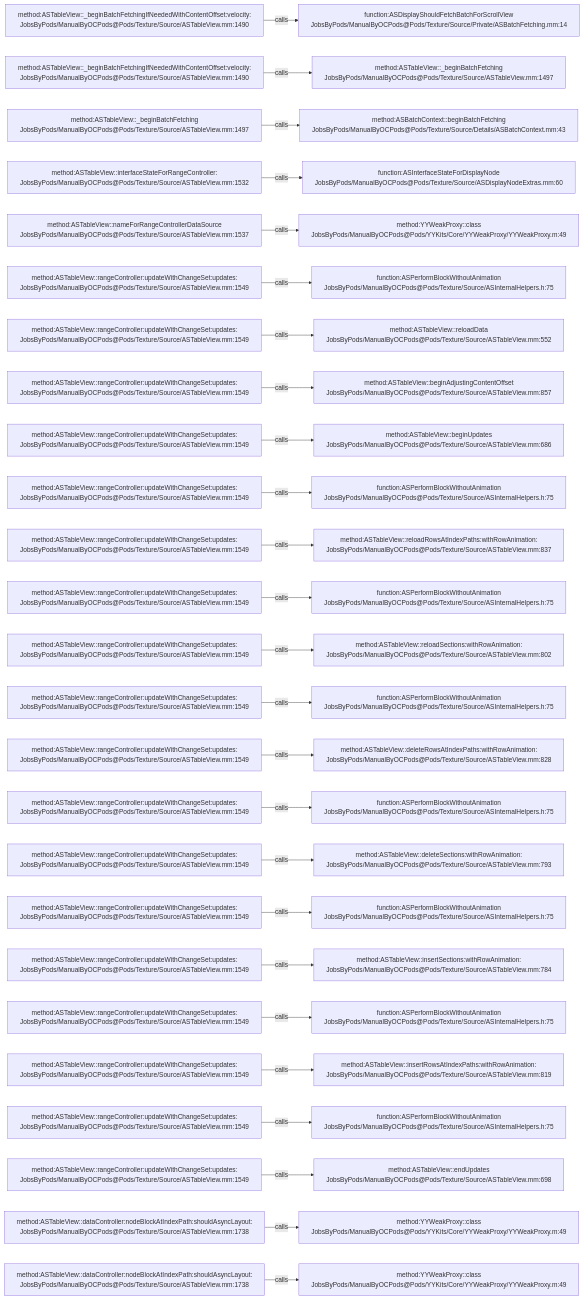
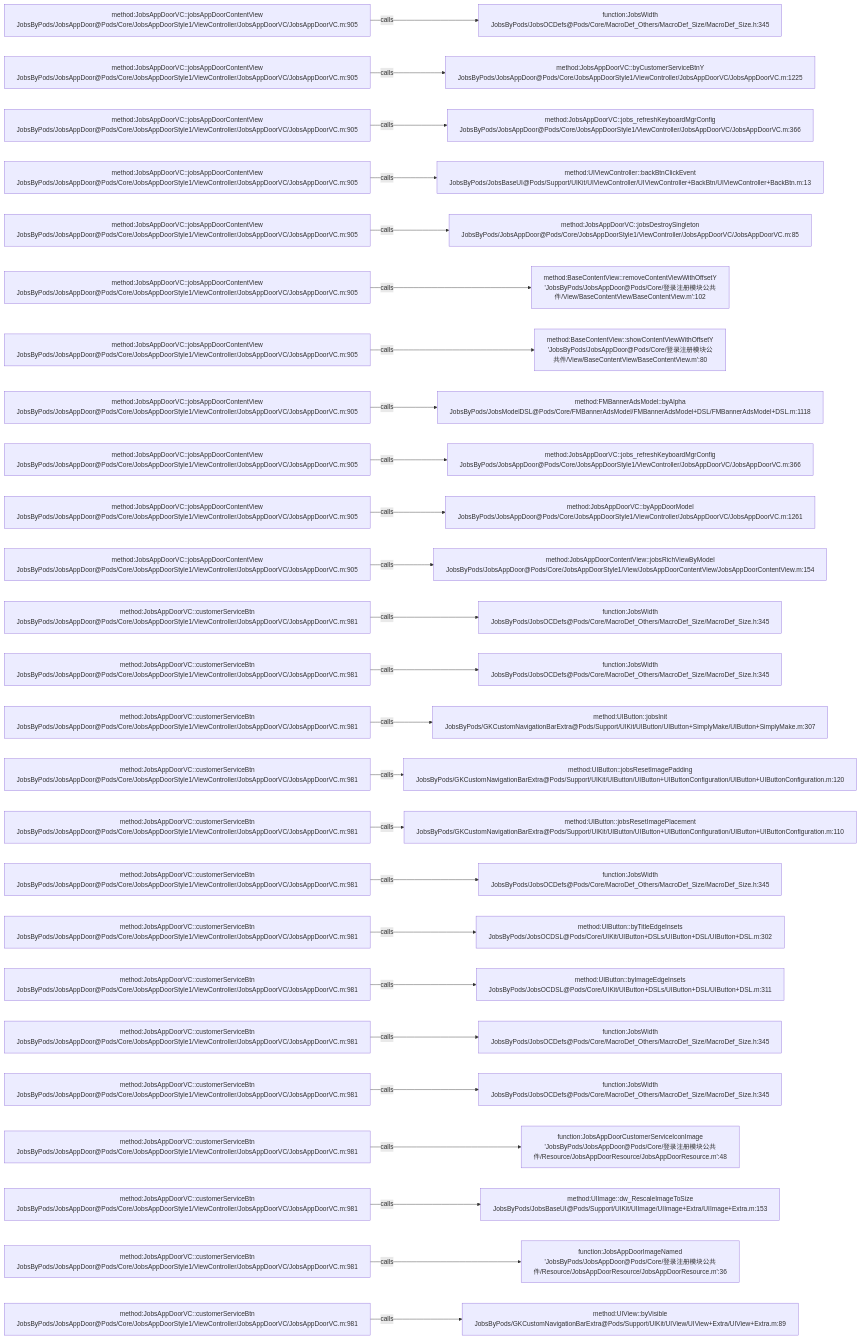
Before and after one commit to JobsKits/JobsOCBaseConfigDemo: the diagram in .codegraph/codegraph.md/graphs/calls-115.md, drawn with Mermaid. The commit also changed 768 other files, not shown here.

````diff
--- a/.codegraph/codegraph.md/graphs/calls-115.md
+++ b/.codegraph/codegraph.md/graphs/calls-115.md
@@ -13,78 +13,78 @@
 ```mermaid
 flowchart LR
-  S1["method:ASTableView::_beginBatchFetchingIfNeededWithContentOffset:velocity:<br/>JobsByPods/ManualByOCPods@Pods/Texture/Source/ASTableView.mm:1490"]
-  T1["function:ASDisplayShouldFetchBatchForScrollView<br/>JobsByPods/ManualByOCPods@Pods/Texture/Source/Private/ASBatchFetching.mm:14"]
+  S1["method:JobsAppDoorVC::jobsAppDoorContentView<br/>JobsByPods/JobsAppDoor@Pods/Core/JobsAppDoorStyle1/ViewController/JobsAppDoorVC/JobsAppDoorVC.m:905"]
+  T1["function:JobsWidth<br/>JobsByPods/JobsOCDefs@Pods/Core/MacroDef_Others/MacroDef_Size/MacroDef_Size.h:345"]
   S1 -->|calls| T1
-  S2["method:ASTableView::_beginBatchFetchingIfNeededWithContentOffset:velocity:<br/>JobsByPods/ManualByOCPods@Pods/Texture/Source/ASTableView.mm:1490"]
-  T2["method:ASTableView::_beginBatchFetching<br/>JobsByPods/ManualByOCPods@Pods/Texture/Source/ASTableView.mm:1497"]
+  S2["method:JobsAppDoorVC::jobsAppDoorContentView<br/>JobsByPods/JobsAppDoor@Pods/Core/JobsAppDoorStyle1/ViewController/JobsAppDoorVC/JobsAppDoorVC.m:905"]
+  T2["method:JobsAppDoorVC::byCustomerServiceBtnY<br/>JobsByPods/JobsAppDoor@Pods/Core/JobsAppDoorStyle1/ViewController/JobsAppDoorVC/JobsAppDoorVC.m:1225"]
   S2 -->|calls| T2
-  S3["method:ASTableView::_beginBatchFetching<br/>JobsByPods/ManualByOCPods@Pods/Texture/Source/ASTableView.mm:1497"]
-  T3["method:ASBatchContext::beginBatchFetching<br/>JobsByPods/ManualByOCPods@Pods/Texture/Source/Details/ASBatchContext.mm:43"]
+  S3["method:JobsAppDoorVC::jobsAppDoorContentView<br/>JobsByPods/JobsAppDoor@Pods/Core/JobsAppDoorStyle1/ViewController/JobsAppDoorVC/JobsAppDoorVC.m:905"]
+  T3["method:JobsAppDoorVC::jobs_refreshKeyboardMgrConfig<br/>JobsByPods/JobsAppDoor@Pods/Core/JobsAppDoorStyle1/ViewController/JobsAppDoorVC/JobsAppDoorVC.m:366"]
   S3 -->|calls| T3
-  S4["method:ASTableView::interfaceStateForRangeController:<br/>JobsByPods/ManualByOCPods@Pods/Texture/Source/ASTableView.mm:1532"]
-  T4["function:ASInterfaceStateForDisplayNode<br/>JobsByPods/ManualByOCPods@Pods/Texture/Source/ASDisplayNodeExtras.mm:60"]
+  S4["method:JobsAppDoorVC::jobsAppDoorContentView<br/>JobsByPods/JobsAppDoor@Pods/Core/JobsAppDoorStyle1/ViewController/JobsAppDoorVC/JobsAppDoorVC.m:905"]
+  T4["method:UIViewController::backBtnClickEvent<br/>JobsByPods/JobsBaseUI@Pods/Support/UIKit/UIViewController/UIViewController+BackBtn/UIViewController+BackBtn.m:13"]
   S4 -->|calls| T4
-  S5["method:ASTableView::nameForRangeControllerDataSource<br/>JobsByPods/ManualByOCPods@Pods/Texture/Source/ASTableView.mm:1537"]
-  T5["method:YYWeakProxy::class<br/>JobsByPods/ManualByOCPods@Pods/YYKits/Core/YYWeakProxy/YYWeakProxy.m:49"]
+  S5["method:JobsAppDoorVC::jobsAppDoorContentView<br/>JobsByPods/JobsAppDoor@Pods/Core/JobsAppDoorStyle1/ViewController/JobsAppDoorVC/JobsAppDoorVC.m:905"]
+  T5["method:JobsAppDoorVC::jobsDestroySingleton<br/>JobsByPods/JobsAppDoor@Pods/Core/JobsAppDoorStyle1/ViewController/JobsAppDoorVC/JobsAppDoorVC.m:85"]
   S5 -->|calls| T5
-  S6["method:ASTableView::rangeController:updateWithChangeSet:updates:<br/>JobsByPods/ManualByOCPods@Pods/Texture/Source/ASTableView.mm:1549"]
-  T6["function:ASPerformBlockWithoutAnimation<br/>JobsByPods/ManualByOCPods@Pods/Texture/Source/ASInternalHelpers.h:75"]
+  S6["method:JobsAppDoorVC::jobsAppDoorContentView<br/>JobsByPods/JobsAppDoor@Pods/Core/JobsAppDoorStyle1/ViewController/JobsAppDoorVC/JobsAppDoorVC.m:905"]
+  T6["method:BaseContentView::removeContentViewWithOffsetY<br/>'JobsByPods/JobsAppDoor@Pods/Core/登录注册模块公共件/View/BaseContentView/BaseContentView.m':102"]
   S6 -->|calls| T6
-  S7["method:ASTableView::rangeController:updateWithChangeSet:updates:<br/>JobsByPods/ManualByOCPods@Pods/Texture/Source/ASTableView.mm:1549"]
-  T7["method:ASTableView::reloadData<br/>JobsByPods/ManualByOCPods@Pods/Texture/Source/ASTableView.mm:552"]
+  S7["method:JobsAppDoorVC::jobsAppDoorContentView<br/>JobsByPods/JobsAppDoor@Pods/Core/JobsAppDoorStyle1/ViewController/JobsAppDoorVC/JobsAppDoorVC.m:905"]
+  T7["method:BaseContentView::showContentViewWithOffsetY<br/>'JobsByPods/JobsAppDoor@Pods/Core/登录注册模块公共件/View/BaseContentView/BaseContentView.m':80"]
   S7 -->|calls| T7
-  S8["method:ASTableView::rangeController:updateWithChangeSet:updates:<br/>JobsByPods/ManualByOCPods@Pods/Texture/Source/ASTableView.mm:1549"]
-  T8["method:ASTableView::beginAdjustingContentOffset<br/>JobsByPods/ManualByOCPods@Pods/Texture/Source/ASTableView.mm:857"]
+  S8["method:JobsAppDoorVC::jobsAppDoorContentView<br/>JobsByPods/JobsAppDoor@Pods/Core/JobsAppDoorStyle1/ViewController/JobsAppDoorVC/JobsAppDoorVC.m:905"]
+  T8["method:FMBannerAdsModel::byAlpha<br/>JobsByPods/JobsModelDSL@Pods/Core/FMBannerAdsModel/FMBannerAdsModel+DSL/FMBannerAdsModel+DSL.m:1118"]
   S8 -->|calls| T8
-  S9["method:ASTableView::rangeController:updateWithChangeSet:updates:<br/>JobsByPods/ManualByOCPods@Pods/Texture/Source/ASTableView.mm:1549"]
-  T9["method:ASTableView::beginUpdates<br/>JobsByPods/ManualByOCPods@Pods/Texture/Source/ASTableView.mm:686"]
+  S9["method:JobsAppDoorVC::jobsAppDoorContentView<br/>JobsByPods/JobsAppDoor@Pods/Core/JobsAppDoorStyle1/ViewController/JobsAppDoorVC/JobsAppDoorVC.m:905"]
+  T9["method:JobsAppDoorVC::jobs_refreshKeyboardMgrConfig<br/>JobsByPods/JobsAppDoor@Pods/Core/JobsAppDoorStyle1/ViewController/JobsAppDoorVC/JobsAppDoorVC.m:366"]
   S9 -->|calls| T9
-  S10["method:ASTableView::rangeController:updateWithChangeSet:updates:<br/>JobsByPods/ManualByOCPods@Pods/Texture/Source/ASTableView.mm:1549"]
-  T10["function:ASPerformBlockWithoutAnimation<br/>JobsByPods/ManualByOCPods@Pods/Texture/Source/ASInternalHelpers.h:75"]
+  S10["method:JobsAppDoorVC::jobsAppDoorContentView<br/>JobsByPods/JobsAppDoor@Pods/Core/JobsAppDoorStyle1/ViewController/JobsAppDoorVC/JobsAppDoorVC.m:905"]
+  T10["method:JobsAppDoorVC::byAppDoorModel<br/>JobsByPods/JobsAppDoor@Pods/Core/JobsAppDoorStyle1/ViewController/JobsAppDoorVC/JobsAppDoorVC.m:1261"]
   S10 -->|calls| T10
-  S11["method:ASTableView::rangeController:updateWithChangeSet:updates:<br/>JobsByPods/ManualByOCPods@Pods/Texture/Source/ASTableView.mm:1549"]
-  T11["method:ASTableView::reloadRowsAtIndexPaths:withRowAnimation:<br/>JobsByPods/ManualByOCPods@Pods/Texture/Source/ASTableView.mm:837"]
+  S11["method:JobsAppDoorVC::jobsAppDoorContentView<br/>JobsByPods/JobsAppDoor@Pods/Core/JobsAppDoorStyle1/ViewController/JobsAppDoorVC/JobsAppDoorVC.m:905"]
+  T11["method:JobsAppDoorContentView::jobsRichViewByModel<br/>JobsByPods/JobsAppDoor@Pods/Core/JobsAppDoorStyle1/View/JobsAppDoorContentView/JobsAppDoorContentView.m:154"]
   S11 -->|calls| T11
-  S12["method:ASTableView::rangeController:updateWithChangeSet:updates:<br/>JobsByPods/ManualByOCPods@Pods/Texture/Source/ASTableView.mm:1549"]
-  T12["function:ASPerformBlockWithoutAnimation<br/>JobsByPods/ManualByOCPods@Pods/Texture/Source/ASInternalHelpers.h:75"]
+  S12["method:JobsAppDoorVC::customerServiceBtn<br/>JobsByPods/JobsAppDoor@Pods/Core/JobsAppDoorStyle1/ViewController/JobsAppDoorVC/JobsAppDoorVC.m:981"]
+  T12["function:JobsWidth<br/>JobsByPods/JobsOCDefs@Pods/Core/MacroDef_Others/MacroDef_Size/MacroDef_Size.h:345"]
   S12 -->|calls| T12
-  S13["method:ASTableView::rangeController:updateWithChangeSet:updates:<br/>JobsByPods/ManualByOCPods@Pods/Texture/Source/ASTableView.mm:1549"]
-  T13["method:ASTableView::reloadSections:withRowAnimation:<br/>JobsByPods/ManualByOCPods@Pods/Texture/Source/ASTableView.mm:802"]
+  S13["method:JobsAppDoorVC::customerServiceBtn<br/>JobsByPods/JobsAppDoor@Pods/Core/JobsAppDoorStyle1/ViewController/JobsAppDoorVC/JobsAppDoorVC.m:981"]
+  T13["function:JobsWidth<br/>JobsByPods/JobsOCDefs@Pods/Core/MacroDef_Others/MacroDef_Size/MacroDef_Size.h:345"]
   S13 -->|calls| T13
-  S14["method:ASTableView::rangeController:updateWithChangeSet:updates:<br/>JobsByPods/ManualByOCPods@Pods/Texture/Source/ASTableView.mm:1549"]
-  T14["function:ASPerformBlockWithoutAnimation<br/>JobsByPods/ManualByOCPods@Pods/Texture/Source/ASInternalHelpers.h:75"]
+  S14["method:JobsAppDoorVC::customerServiceBtn<br/>JobsByPods/JobsAppDoor@Pods/Core/JobsAppDoorStyle1/ViewController/JobsAppDoorVC/JobsAppDoorVC.m:981"]
+  T14["method:UIButton::jobsInit<br/>JobsByPods/GKCustomNavigationBarExtra@Pods/Support/UIKit/UIButton/UIButton+SimplyMake/UIButton+SimplyMake.m:307"]
   S14 -->|calls| T14
-  S15["method:ASTableView::rangeController:updateWithChangeSet:updates:<br/>JobsByPods/ManualByOCPods@Pods/Texture/Source/ASTableView.mm:1549"]
-  T15["method:ASTableView::deleteRowsAtIndexPaths:withRowAnimation:<br/>JobsByPods/ManualByOCPods@Pods/Texture/Source/ASTableView.mm:828"]
+  S15["method:JobsAppDoorVC::customerServiceBtn<br/>JobsByPods/JobsAppDoor@Pods/Core/JobsAppDoorStyle1/ViewController/JobsAppDoorVC/JobsAppDoorVC.m:981"]
+  T15["method:UIButton::jobsResetImagePadding<br/>JobsByPods/GKCustomNavigationBarExtra@Pods/Support/UIKit/UIButton/UIButton+UIButtonConfiguration/UIButton+UIButtonConfiguration.m:120"]
   S15 -->|calls| T15
-  S16["method:ASTableView::rangeController:updateWithChangeSet:updates:<br/>JobsByPods/ManualByOCPods@Pods/Texture/Source/ASTableView.mm:1549"]
-  T16["function:ASPerformBlockWithoutAnimation<br/>JobsByPods/ManualByOCPods@Pods/Texture/Source/ASInternalHelpers.h:75"]
+  S16["method:JobsAppDoorVC::customerServiceBtn<br/>JobsByPods/JobsAppDoor@Pods/Core/JobsAppDoorStyle1/ViewController/JobsAppDoorVC/JobsAppDoorVC.m:981"]
+  T16["method:UIButton::jobsResetImagePlacement<br/>JobsByPods/GKCustomNavigationBarExtra@Pods/Support/UIKit/UIButton/UIButton+UIButtonConfiguration/UIButton+UIButtonConfiguration.m:110"]
   S16 -->|calls| T16
-  S17["method:ASTableView::rangeController:updateWithChangeSet:updates:<br/>JobsByPods/ManualByOCPods@Pods/Texture/Source/ASTableView.mm:1549"]
-  T17["method:ASTableView::deleteSections:withRowAnimation:<br/>JobsByPods/ManualByOCPods@Pods/Texture/Source/ASTableView.mm:793"]
+  S17["method:JobsAppDoorVC::customerServiceBtn<br/>JobsByPods/JobsAppDoor@Pods/Core/JobsAppDoorStyle1/ViewController/JobsAppDoorVC/JobsAppDoorVC.m:981"]
+  T17["function:JobsWidth<br/>JobsByPods/JobsOCDefs@Pods/Core/MacroDef_Others/MacroDef_Size/MacroDef_Size.h:345"]
   S17 -->|calls| T17
-  S18["method:ASTableView::rangeController:updateWithChangeSet:updates:<br/>JobsByPods/ManualByOCPods@Pods/Texture/Source/ASTableView.mm:1549"]
-  T18["function:ASPerformBlockWithoutAnimation<br/>JobsByPods/ManualByOCPods@Pods/Texture/Source/ASInternalHelpers.h:75"]
+  S18["method:JobsAppDoorVC::customerServiceBtn<br/>JobsByPods/JobsAppDoor@Pods/Core/JobsAppDoorStyle1/ViewController/JobsAppDoorVC/JobsAppDoorVC.m:981"]
+  T18["method:UIButton::byTitleEdgeInsets<br/>JobsByPods/JobsOCDSL@Pods/Core/UIKit/UIButton+DSLs/UIButton+DSL/UIButton+DSL.m:302"]
   S18 -->|calls| T18
-  S19["method:ASTableView::rangeController:updateWithChangeSet:updates:<br/>JobsByPods/ManualByOCPods@Pods/Texture/Source/ASTableView.mm:1549"]
-  T19["method:ASTableView::insertSections:withRowAnimation:<br/>JobsByPods/ManualByOCPods@Pods/Texture/Source/ASTableView.mm:784"]
+  S19["method:JobsAppDoorVC::customerServiceBtn<br/>JobsByPods/JobsAppDoor@Pods/Core/JobsAppDoorStyle1/ViewController/JobsAppDoorVC/JobsAppDoorVC.m:981"]
+  T19["method:UIButton::byImageEdgeInsets<br/>JobsByPods/JobsOCDSL@Pods/Core/UIKit/UIButton+DSLs/UIButton+DSL/UIButton+DSL.m:311"]
   S19 -->|calls| T19
-  S20["method:ASTableView::rangeController:updateWithChangeSet:updates:<br/>JobsByPods/ManualByOCPods@Pods/Texture/Source/ASTableView.mm:1549"]
-  T20["function:ASPerformBlockWithoutAnimation<br/>JobsByPods/ManualByOCPods@Pods/Texture/Source/ASInternalHelpers.h:75"]
+  S20["method:JobsAppDoorVC::customerServiceBtn<br/>JobsByPods/JobsAppDoor@Pods/Core/JobsAppDoorStyle1/ViewController/JobsAppDoorVC/JobsAppDoorVC.m:981"]
+  T20["function:JobsWidth<br/>JobsByPods/JobsOCDefs@Pods/Core/MacroDef_Others/MacroDef_Size/MacroDef_Size.h:345"]
   S20 -->|calls| T20
-  S21["method:ASTableView::rangeController:updateWithChangeSet:updates:<br/>JobsByPods/ManualByOCPods@Pods/Texture/Source/ASTableView.mm:1549"]
-  T21["method:ASTableView::insertRowsAtIndexPaths:withRowAnimation:<br/>JobsByPods/ManualByOCPods@Pods/Texture/Source/ASTableView.mm:819"]
+  S21["method:JobsAppDoorVC::customerServiceBtn<br/>JobsByPods/JobsAppDoor@Pods/Core/JobsAppDoorStyle1/ViewController/JobsAppDoorVC/JobsAppDoorVC.m:981"]
+  T21["function:JobsWidth<br/>JobsByPods/JobsOCDefs@Pods/Core/MacroDef_Others/MacroDef_Size/MacroDef_Size.h:345"]
   S21 -->|calls| T21
-  S22["method:ASTableView::rangeController:updateWithChangeSet:updates:<br/>JobsByPods/ManualByOCPods@Pods/Texture/Source/ASTableView.mm:1549"]
-  T22["function:ASPerformBlockWithoutAnimation<br/>JobsByPods/ManualByOCPods@Pods/Texture/Source/ASInternalHelpers.h:75"]
+  S22["method:JobsAppDoorVC::customerServiceBtn<br/>JobsByPods/JobsAppDoor@Pods/Core/JobsAppDoorStyle1/ViewController/JobsAppDoorVC/JobsAppDoorVC.m:981"]
+  T22["function:JobsAppDoorCustomerServiceIconImage<br/>'JobsByPods/JobsAppDoor@Pods/Core/登录注册模块公共件/Resource/JobsAppDoorResource/JobsAppDoorResource.m':48"]
   S22 -->|calls| T22
-  S23["method:ASTableView::rangeController:updateWithChangeSet:updates:<br/>JobsByPods/ManualByOCPods@Pods/Texture/Source/ASTableView.mm:1549"]
-  T23["method:ASTableView::endUpdates<br/>JobsByPods/ManualByOCPods@Pods/Texture/Source/ASTableView.mm:698"]
+  S23["method:JobsAppDoorVC::customerServiceBtn<br/>JobsByPods/JobsAppDoor@Pods/Core/JobsAppDoorStyle1/ViewController/JobsAppDoorVC/JobsAppDoorVC.m:981"]
+  T23["method:UIImage::dw_RescaleImageToSize<br/>JobsByPods/JobsBaseUI@Pods/Support/UIKit/UIImage/UIImage+Extra/UIImage+Extra.m:153"]
   S23 -->|calls| T23
-  S24["method:ASTableView::dataController:nodeBlockAtIndexPath:shouldAsyncLayout:<br/>JobsByPods/ManualByOCPods@Pods/Texture/Source/ASTableView.mm:1738"]
-  T24["method:YYWeakProxy::class<br/>JobsByPods/ManualByOCPods@Pods/YYKits/Core/YYWeakProxy/YYWeakProxy.m:49"]
+  S24["method:JobsAppDoorVC::customerServiceBtn<br/>JobsByPods/JobsAppDoor@Pods/Core/JobsAppDoorStyle1/ViewController/JobsAppDoorVC/JobsAppDoorVC.m:981"]
+  T24["function:JobsAppDoorImageNamed<br/>'JobsByPods/JobsAppDoor@Pods/Core/登录注册模块公共件/Resource/JobsAppDoorResource/JobsAppDoorResource.m':36"]
   S24 -->|calls| T24
-  S25["method:ASTableView::dataController:nodeBlockAtIndexPath:shouldAsyncLayout:<br/>JobsByPods/ManualByOCPods@Pods/Texture/Source/ASTableView.mm:1738"]
-  T25["method:YYWeakProxy::class<br/>JobsByPods/ManualByOCPods@Pods/YYKits/Core/YYWeakProxy/YYWeakProxy.m:49"]
+  S25["method:JobsAppDoorVC::customerServiceBtn<br/>JobsByPods/JobsAppDoor@Pods/Core/JobsAppDoorStyle1/ViewController/JobsAppDoorVC/JobsAppDoorVC.m:981"]
+  T25["method:UIView::byVisible<br/>JobsByPods/GKCustomNavigationBarExtra@Pods/Support/UIKit/UIView/UIView+Extra/UIView+Extra.m:89"]
   S25 -->|calls| T25
 ```
````
